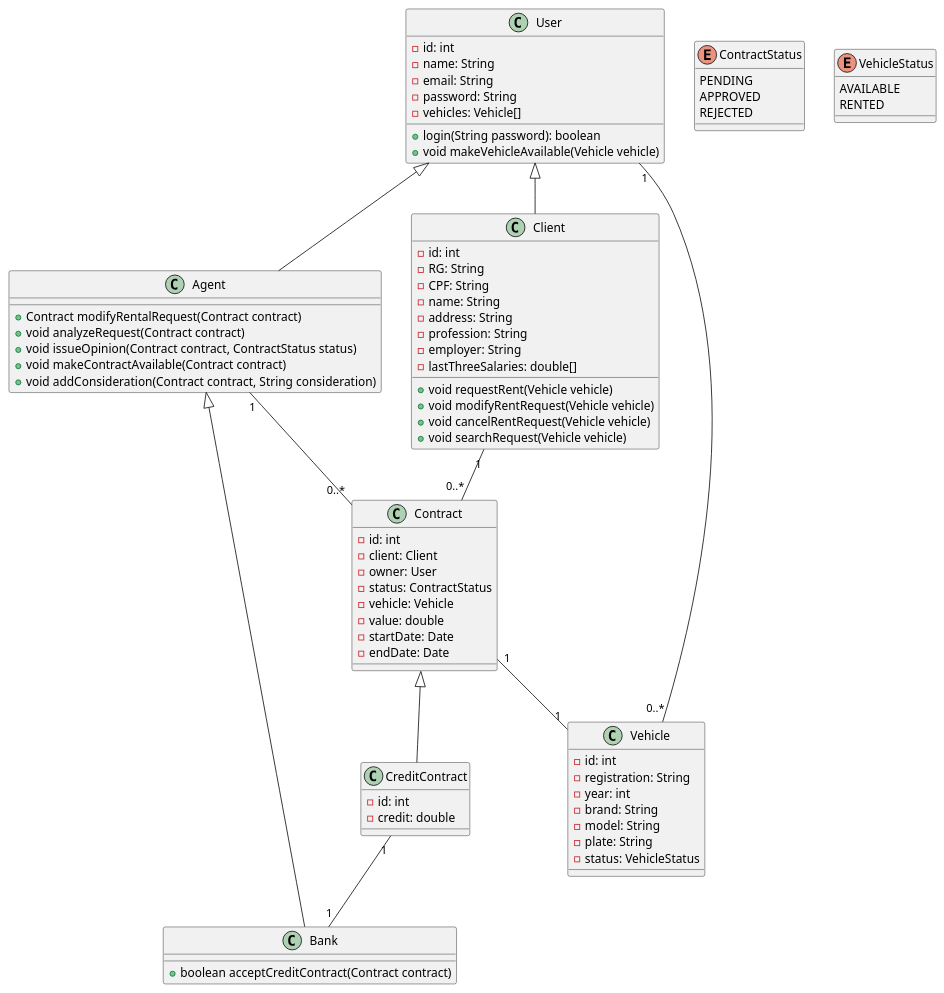
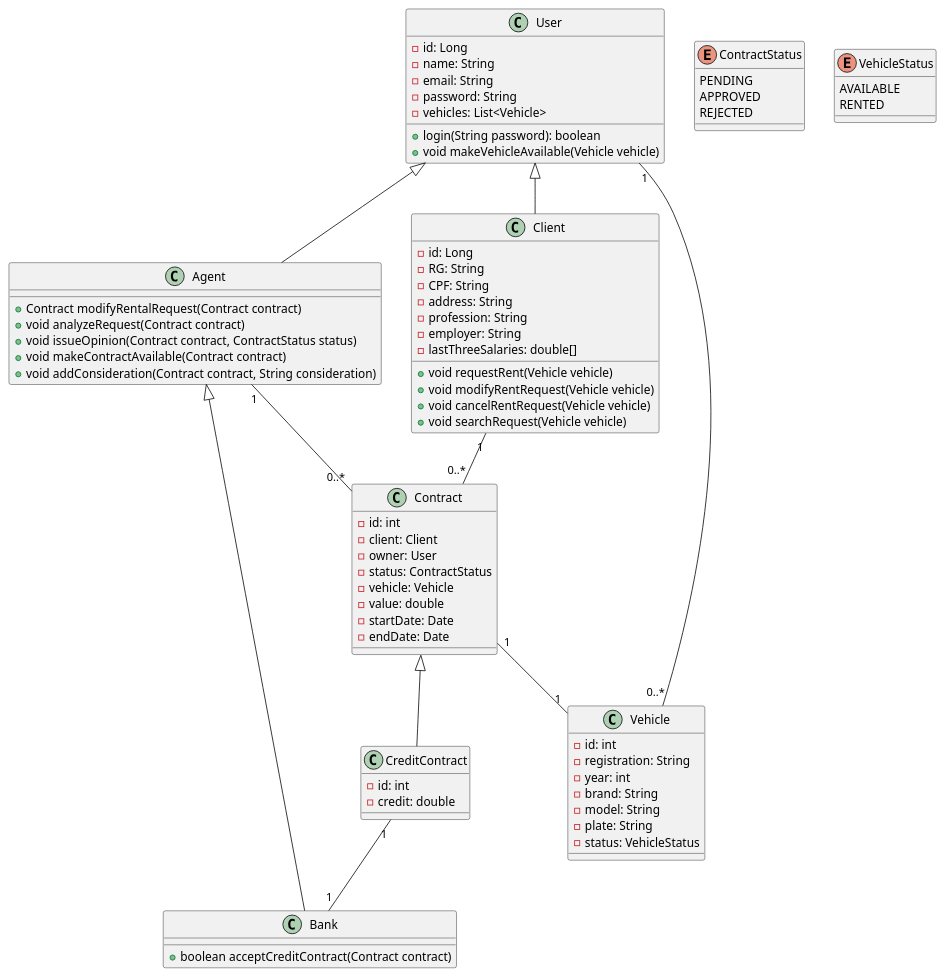
One commit to migueltico2/laboratorio-de-desenvolvimento-de-software changed the diagram in projeto 2/project/classDiagram.plantuml. Above: the diagram before and after it, drawn with PlantUML. The commit also changed 5 other files, not shown here.

```diff
--- a/projeto 2/project/classDiagram.plantuml
+++ b/projeto 2/project/classDiagram.plantuml
@@ -1,87 +1,86 @@
 @startuml
 
 class User {
-    -id: int
+    -id: Long
     -name: String
     -email: String
     -password: String
-    -vehicles: Vehicle[]
+    -vehicles: List<Vehicle>
     +login(String password): boolean
     +void makeVehicleAvailable(Vehicle vehicle)
 }
 
 class Client {
-    -id: int
+    -id: Long
     -RG: String
     -CPF: String
-    -name: String
     -address: String
     -profession: String
     -employer: String
     -lastThreeSalaries: double[]
     +void requestRent(Vehicle vehicle)
     +void modifyRentRequest(Vehicle vehicle)
     +void cancelRentRequest(Vehicle vehicle)
     +void searchRequest(Vehicle vehicle)
 }
 
 
 class Agent {
     +Contract modifyRentalRequest(Contract contract)
     +void analyzeRequest(Contract contract)
     +void issueOpinion(Contract contract, ContractStatus status)
     +void makeContractAvailable(Contract contract)
     +void addConsideration(Contract contract, String consideration)
 }
 
 class Bank {
     +boolean acceptCreditContract(Contract contract)
 }
 
 class Contract {
     -id: int
     -client: Client
     -owner: User
     -status: ContractStatus
     -vehicle: Vehicle
     -value: double
     -startDate: Date
     -endDate: Date
 }
  
 class CreditContract {
     -id: int
     -credit: double
 }
 
 class Vehicle {
     -id: int
     -registration: String
     -year: int
     -brand: String
     -model: String
     -plate: String
     -status: VehicleStatus
 }
 
 enum ContractStatus {
     PENDING
     APPROVED
     REJECTED
 }
 
 enum VehicleStatus {
     AVAILABLE
     RENTED
 }
 
 User <|-- Agent
 User <|-- Client
 User "1" -- "0..*" Vehicle
 Contract <|-- CreditContract
 Client "1" -- "0..*" Contract
 CreditContract "1" -- "1" Bank
 Contract "1" -- "1" Vehicle
 Agent <|-- Bank
 Agent "1" -- "0..*" Contract
 @enduml
```
